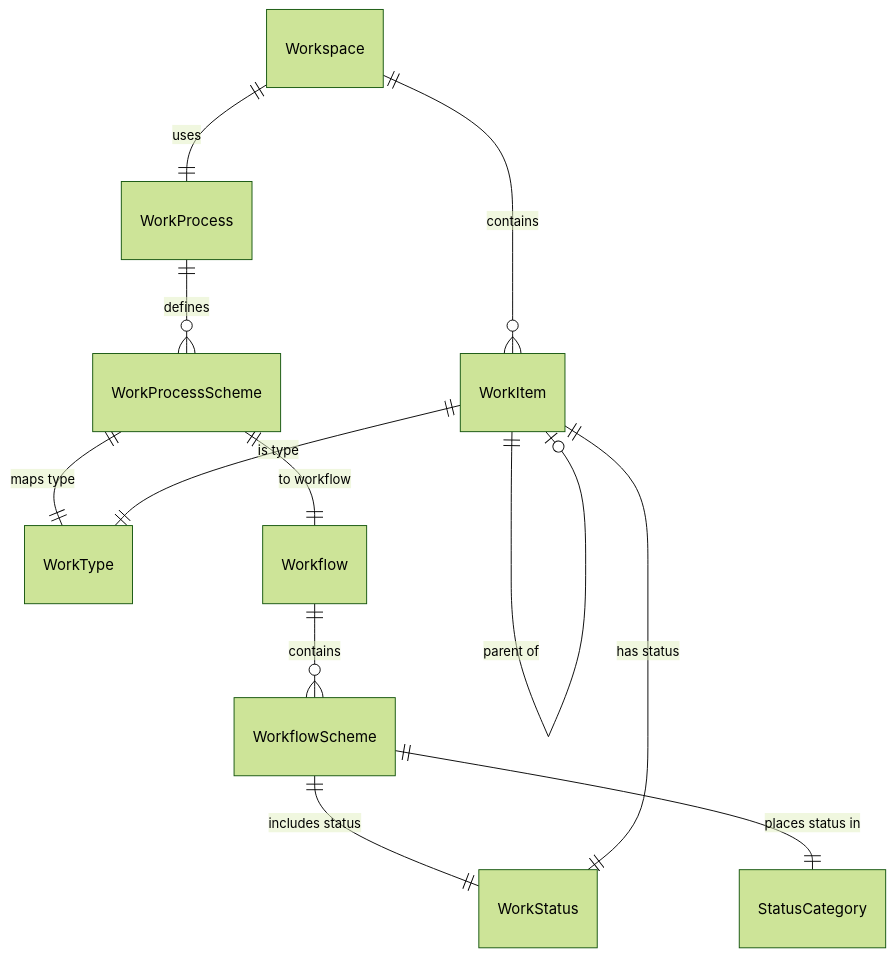
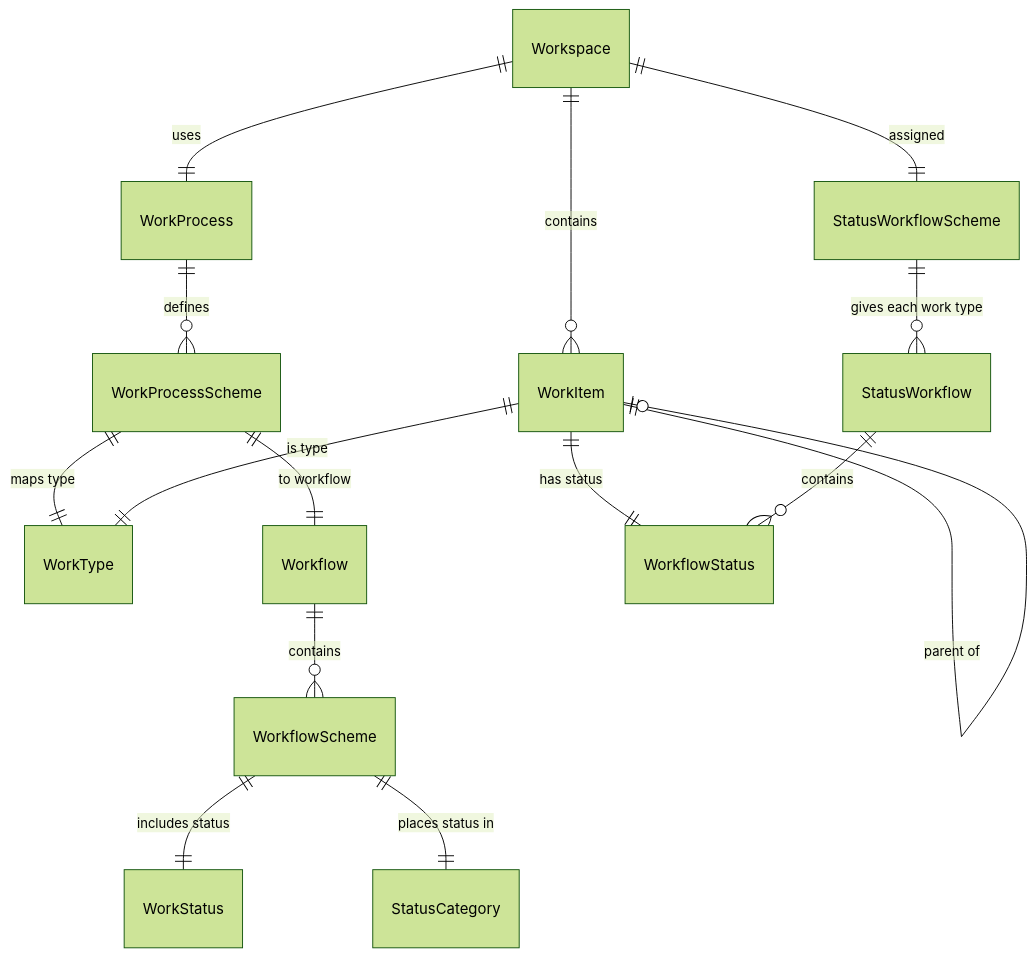
One commit to destacey/Wayd changed the diagram in docs/user-guide/work-management/work-configuration.mdx. Above: the diagram before and after it, drawn with Mermaid (forest theme). The commit also changed other lines of this file and 7 other files, not shown here.

Commit message:
docs: describe work items following status workflows (#1237)

````diff
--- a/docs/user-guide/work-management/work-configuration.mdx
+++ b/docs/user-guide/work-management/work-configuration.mdx
@@ -14,14 +14,17 @@
 ```mermaid
 erDiagram
     Workspace ||--|| WorkProcess : uses
     WorkProcess ||--o{ WorkProcessScheme : defines
     WorkProcessScheme ||--|| WorkType : "maps type"
     WorkProcessScheme ||--|| Workflow : "to workflow"
     Workflow ||--o{ WorkflowScheme : contains
     WorkflowScheme ||--|| WorkStatus : "includes status"
     WorkflowScheme ||--|| StatusCategory : "places status in"
     Workspace ||--o{ WorkItem : contains
     WorkItem ||--|| WorkType : "is type"
-    WorkItem ||--|| WorkStatus : "has status"
+    WorkItem ||--|| WorkflowStatus : "has status"
+    StatusWorkflow ||--o{ WorkflowStatus : contains
+    Workspace ||--|| StatusWorkflowScheme : "assigned"
+    StatusWorkflowScheme ||--o{ StatusWorkflow : "gives each work type"
     WorkItem ||--o| WorkItem : "parent of"
 ```
````
